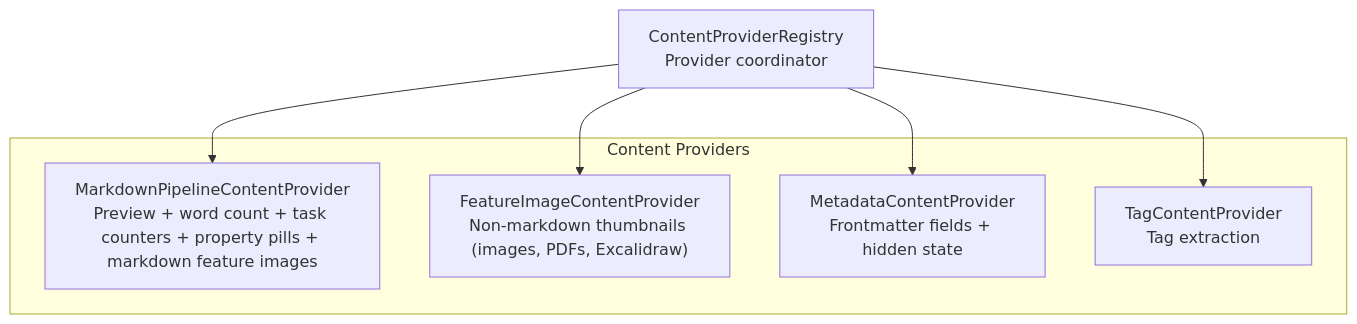
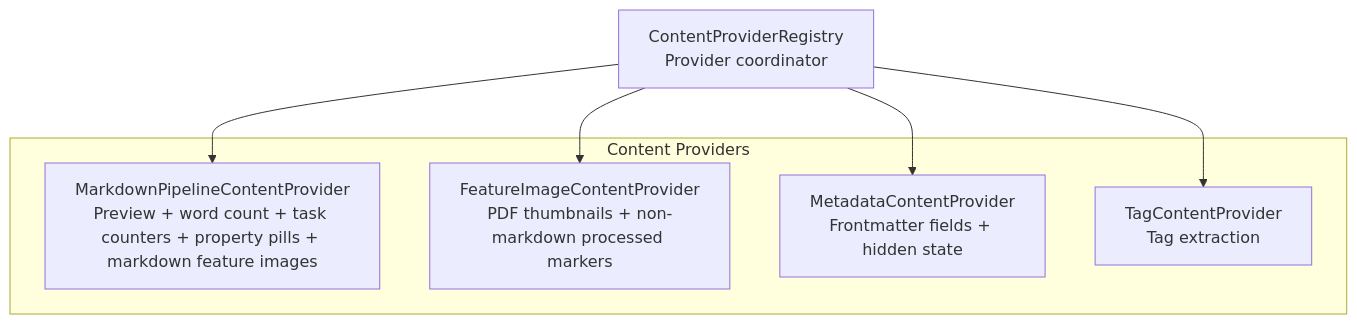
One commit to HEmile/notebook-navigator changed the fourth of 4 diagrams in docs/service-architecture.md. Above: the diagram before and after it, drawn with Mermaid. The commit also changed other lines of this file and 2 other files, not shown here.

````diff
--- a/docs/service-architecture.md
+++ b/docs/service-architecture.md
@@ -162,16 +169,16 @@
 ```mermaid
 graph TB
     ContentRegistry["ContentProviderRegistry<br/>Provider coordinator"]
 
     subgraph "Content Providers"
         MarkdownPipelineProvider["MarkdownPipelineContentProvider<br/>Preview + word count + task counters + property pills + markdown feature images"]
-        FileThumbnailsProvider["FeatureImageContentProvider<br/>Non-markdown thumbnails (images, PDFs, Excalidraw)"]
+        FileThumbnailsProvider["FeatureImageContentProvider<br/>PDF thumbnails + non-markdown processed markers"]
         MetadataProvider["MetadataContentProvider<br/>Frontmatter fields + hidden state"]
         TagProvider["TagContentProvider<br/>Tag extraction"]
     end
 
     ContentRegistry --> MarkdownPipelineProvider
     ContentRegistry --> FileThumbnailsProvider
     ContentRegistry --> MetadataProvider
     ContentRegistry --> TagProvider
 ```
````
